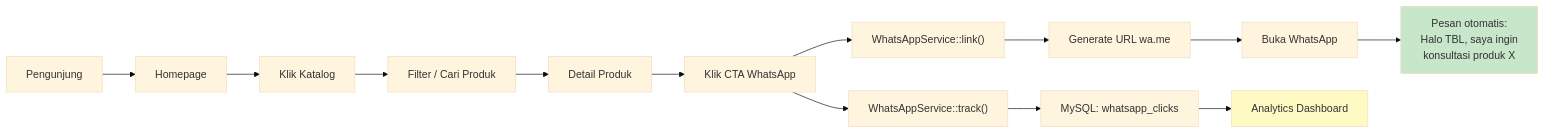
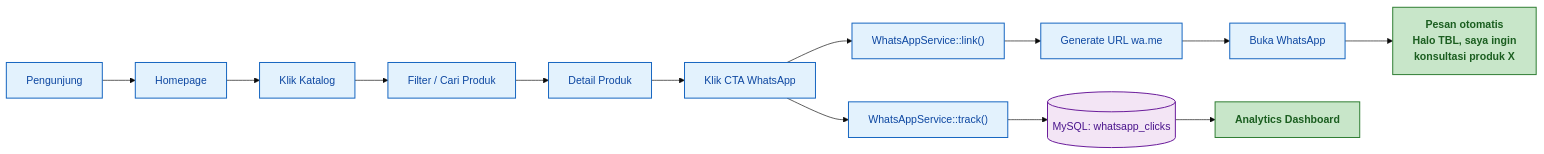
The tenth of 19 diagrams in README.md (sekarpratama/project1), drawn with Mermaid (base theme) before and after one commit. The commit also changed other lines of this file, not shown here.

````diff
--- a/README.md
+++ b/README.md
@@ -663,18 +579,24 @@
 ```mermaid
 flowchart LR
-    A["Pengunjung"] --> B["Homepage"]
-    B --> C["Klik Katalog"]
-    C --> D["Filter / Cari Produk"]
-    D --> E["Detail Produk"]
-    E --> F["Klik CTA WhatsApp"]
-    F --> G["WhatsAppService::link()"]
-    G --> H["Generate URL wa.me"]
-    H --> I["Buka WhatsApp"]
-    I --> J["Pesan otomatis:<br/>Halo TBL, saya ingin<br/>konsultasi produk X"]
-    F --> K["WhatsAppService::track()"]
-    K --> L["MySQL: whatsapp_clicks"]
-    L --> M["Analytics Dashboard"]
+    A["Pengunjung"]:::step
+    B["Homepage"]:::step
+    C["Klik Katalog"]:::step
+    D["Filter / Cari Produk"]:::step
+    E["Detail Produk"]:::step
+    F["Klik CTA WhatsApp"]:::step
+    G["WhatsAppService::link()"]:::step
+    H["Generate URL wa.me"]:::step
+    I["Buka WhatsApp"]:::step
+    J["Pesan otomatis<br/>Halo TBL, saya ingin<br/>konsultasi produk X"]:::success
+    K["WhatsAppService::track()"]:::step
+    L[("MySQL: whatsapp_clicks")]:::data
+    M["Analytics Dashboard"]:::success
 
-    style J fill:#c8e6c9
-    style M fill:#fff9c4
+    A --> B --> C --> D --> E --> F
+    F --> G --> H --> I --> J
+    F --> K --> L --> M
+
+    classDef step fill:#e3f2fd,stroke:#1565c0,stroke-width:1.5px,color:#0d47a1
+    classDef data fill:#f3e5f5,stroke:#6a1b9a,stroke-width:1.5px,color:#4a148c
+    classDef success fill:#c8e6c9,stroke:#2e7d32,stroke-width:1.5px,color:#1b5e20,font-weight:bold
 ```
````
